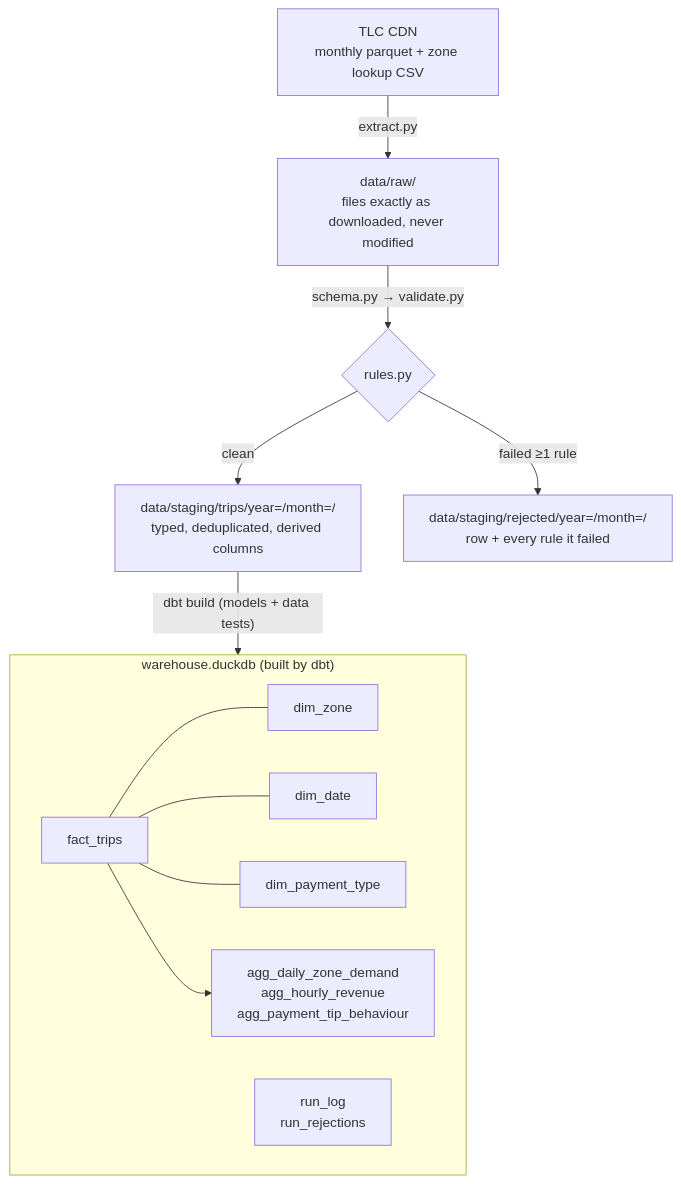
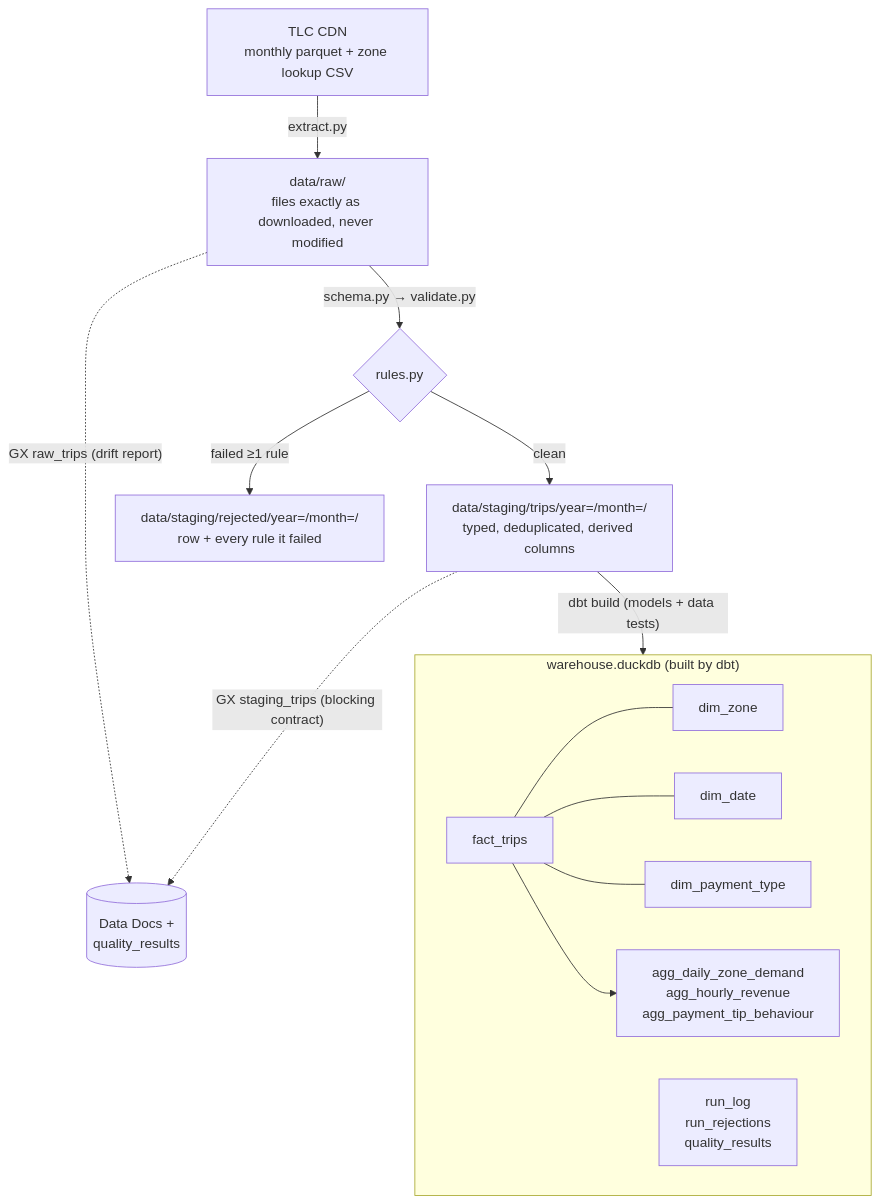
The first of 3 diagrams in README.md (Emmanuel-Esplin/nyc-taxi-pipeline), drawn with Mermaid before and after one commit. The commit also changed other lines of this file and 2 other files, not shown here.

Commit message:
docs: document the GX suites with Data Docs screenshots

````diff
--- a/README.md
+++ b/README.md
@@ -19,16 +19,18 @@
 ```mermaid
 flowchart TD
     SRC["TLC CDN<br/>monthly parquet + zone lookup CSV"] -->|extract.py| RAW
     RAW["data/raw/<br/>files exactly as downloaded, never modified"] -->|"schema.py → validate.py"| SPLIT{rules.py}
+    RAW -.->|"GX raw_trips (drift report)"| GX[(Data Docs +<br/>quality_results)]
     SPLIT -->|clean| STG["data/staging/trips/year=/month=/<br/>typed, deduplicated, derived columns"]
     SPLIT -->|failed ≥1 rule| REJ["data/staging/rejected/year=/month=/<br/>row + every rule it failed"]
+    STG -.->|"GX staging_trips (blocking contract)"| GX
     STG -->|"dbt build (models + data tests)"| WH
     subgraph WH["warehouse.duckdb (built by dbt)"]
         direction LR
         F[fact_trips] --- D1[dim_zone]
         F --- D2[dim_date]
         F --- D3[dim_payment_type]
         F --> A["agg_daily_zone_demand<br/>agg_hourly_revenue<br/>agg_payment_tip_behaviour"]
-        L["run_log<br/>run_rejections"]
+        L["run_log<br/>run_rejections<br/>quality_results"]
     end
 ```
````
